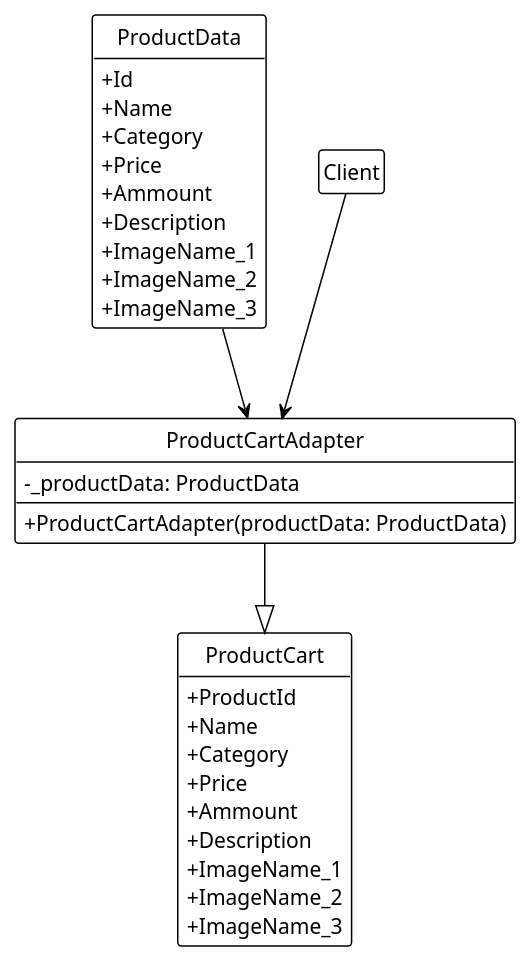
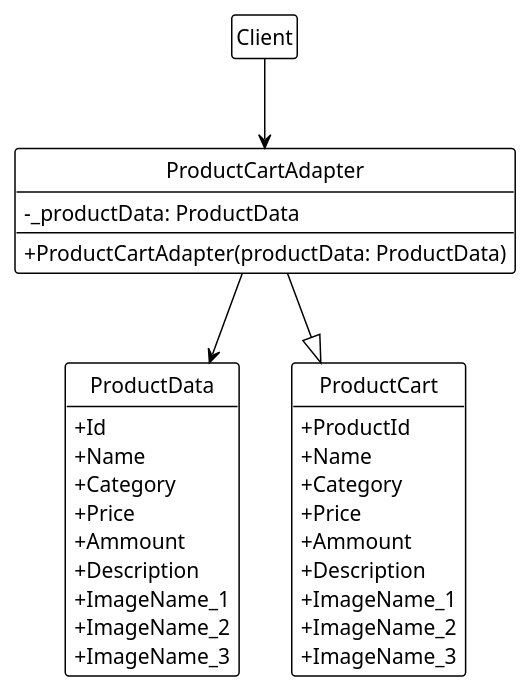
The diagram in UML/Adapter.puml (TibirnaVitalie/Proiect-TMPS), drawn with PlantUML before and after one commit. The commit also changed 9 other files, not shown here.

Commit message:
UML updates

```diff
--- a/UML/Adapter.puml
+++ b/UML/Adapter.puml
@@ -1,43 +1,43 @@
 @startuml
 !theme plain
 hide circle
 hide empty members
 skinparam classAttributeIconSize 0
 
 class ProductData {
     + Id
     + Name
     + Category
     + Price
     + Ammount
     + Description
     + ImageName_1
     + ImageName_2
     + ImageName_3
 }
 
 class ProductCart {
     + ProductId
     + Name
     + Category
     + Price
     + Ammount
     + Description
     + ImageName_1
     + ImageName_2
     + ImageName_3
 }
 
 class ProductCartAdapter {
     - _productData: ProductData
     + ProductCartAdapter(productData: ProductData)
 }
 
 class Client {
 }
 
-ProductData --> ProductCartAdapter
+ProductCartAdapter --> ProductData
 ProductCartAdapter --|> ProductCart
 Client --> ProductCartAdapter
 
 @enduml
```
